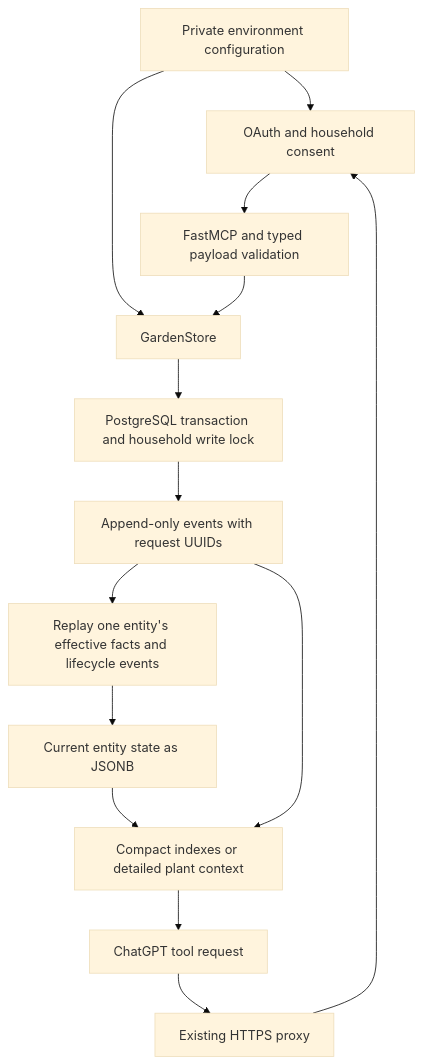
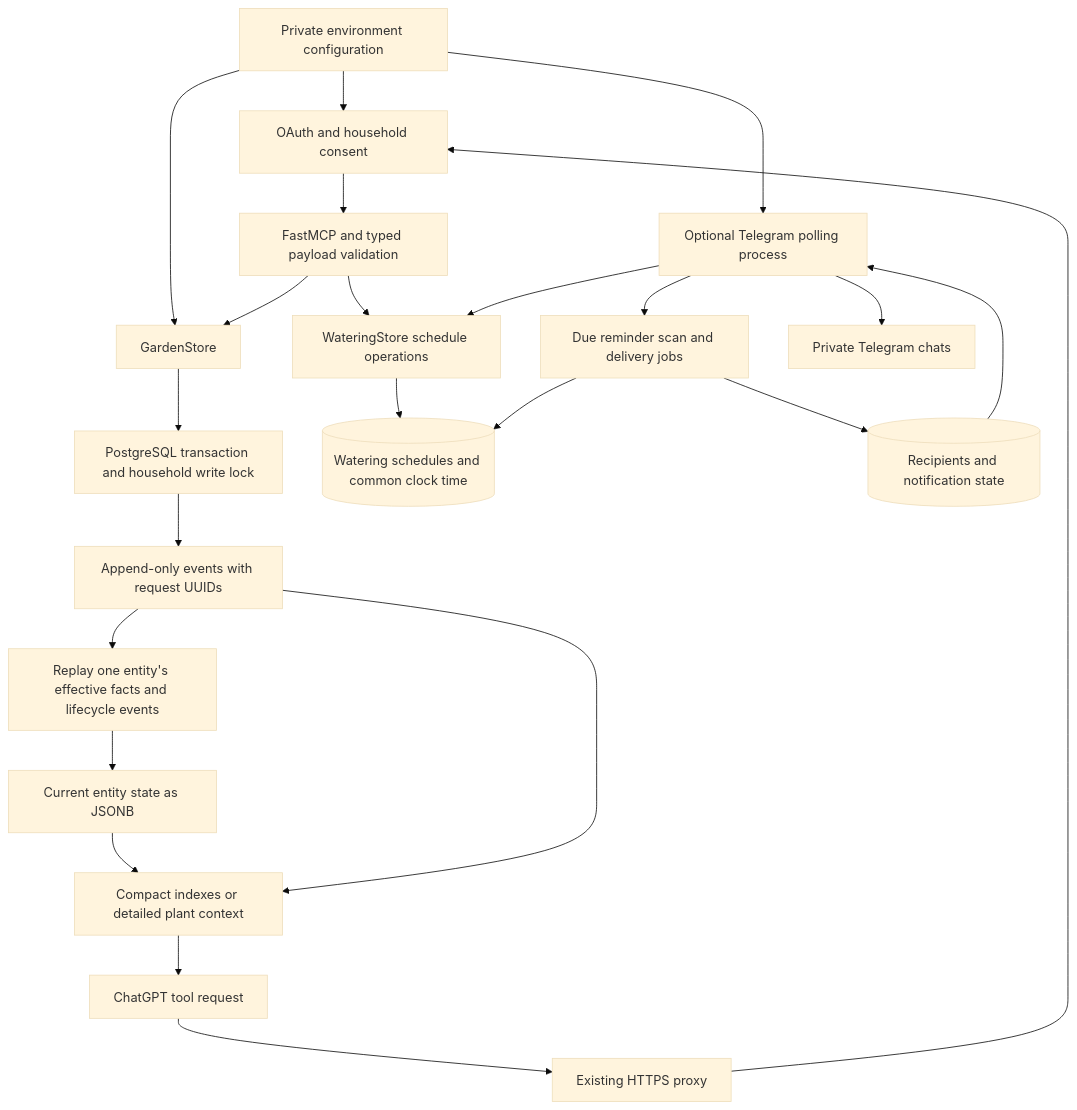
Before and after one commit to memesrized/her-garden: the diagram in docs/state/system/data_flow.md, drawn with Mermaid (base theme). The commit also changed other lines of this file and 21 other files, not shown here.

Commit message:
feat(watering): add optional Telegram reminders

````diff
--- a/docs/state/system/data_flow.md
+++ b/docs/state/system/data_flow.md
@@ -3,16 +3,25 @@
 ```mermaid
 flowchart TD
     config["Private environment configuration"] --> auth["OAuth and household consent"]
     config --> store["GardenStore"]
+    config --> bot["Optional Telegram polling process"]
     chatgpt["ChatGPT tool request"] --> tls["Existing HTTPS proxy"]
     tls --> auth
     auth --> tools["FastMCP and typed payload validation"]
     tools --> store
     store --> transaction["PostgreSQL transaction and household write lock"]
     transaction --> events["Append-only events with request UUIDs"]
     events --> projection["Replay one entity's effective facts and lifecycle events"]
     projection --> state["Current entity state as JSONB"]
     state --> results["Compact indexes or detailed plant context"]
     events --> results
     results --> chatgpt
+    tools --> plans["WateringStore schedule operations"]
+    bot --> plans
+    plans --> schedule[("Watering schedules and common clock time")]
+    bot --> jobs["Due reminder scan and delivery jobs"]
+    jobs --> schedule
+    jobs --> delivery[("Recipients and notification state")]
+    delivery --> bot
+    bot --> telegram["Private Telegram chats"]
 ```
````
